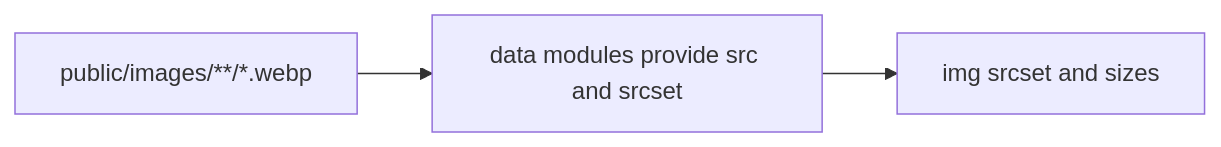
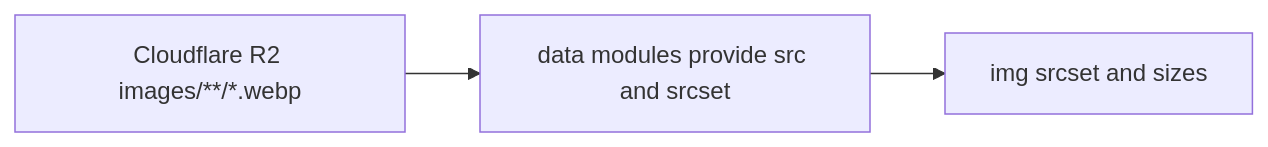
The second of 2 diagrams in docs/ARCHITECTURE.md (rpdigitalmain/photography-portfolio), drawn with Mermaid before and after one commit. The commit also changed other lines of this file and 65 other files, not shown here.

First line of the commit message:
feat: migrate images to Cloudflare R2 and prepare v1.0.1

````diff
--- a/docs/ARCHITECTURE.md
+++ b/docs/ARCHITECTURE.md
@@ -57,5 +57,5 @@
 ```mermaid
 flowchart LR
-    Files[public/images/**/*.webp] --> Data[data modules provide src and srcset]
+    R2[Cloudflare R2 images/**/*.webp] --> Data[data modules provide src and srcset]
     Data --> Browser[img srcset and sizes]
 ```
````
